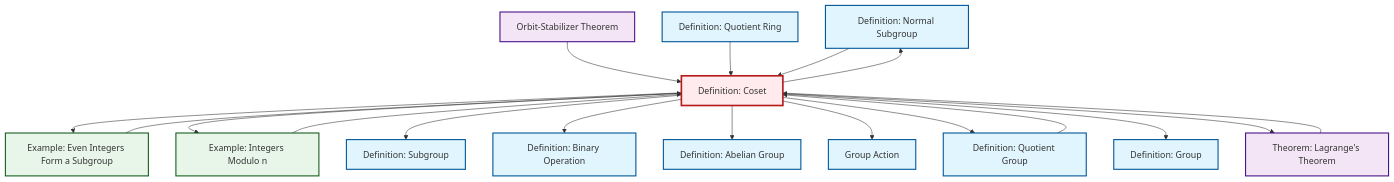
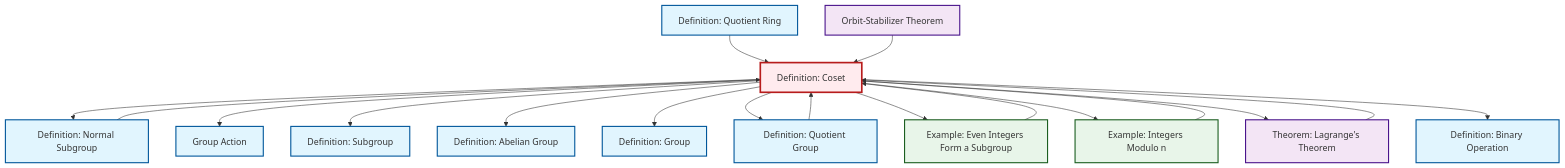
The diagram in content/en/algebra/def-coset.qmd (RK0429/ModernMath), drawn with Mermaid before and after one commit. The commit also changed other lines of this file and 328 other files, not shown here.

````diff
--- a/content/en/algebra/def-coset.qmd
+++ b/content/en/algebra/def-coset.qmd
@@ -162,52 +162,52 @@
 ```{mermaid}
 %%| fig-cap: "Local dependency graph"
 graph TD
     classDef definition fill:#e1f5fe,stroke:#01579b,stroke-width:2px
     classDef theorem fill:#f3e5f5,stroke:#4a148c,stroke-width:2px
     classDef axiom fill:#fff3e0,stroke:#e65100,stroke-width:2px
     classDef example fill:#e8f5e9,stroke:#1b5e20,stroke-width:2px
     classDef current fill:#ffebee,stroke:#b71c1c,stroke-width:3px
+    def-coset["Definition: Coset"]:::definition
+    def-normal-subgroup["Definition: Normal Subgroup"]:::definition
+    def-group-action["Group Action"]:::definition
+    thm-orbit-stabilizer["Orbit-Stabilizer Theorem"]:::theorem
     def-subgroup["Definition: Subgroup"]:::definition
-    def-normal-subgroup["Definition: Normal Subgroup"]:::definition
-    def-quotient-group["Definition: Quotient Group"]:::definition
-    def-binary-operation["Definition: Binary Operation"]:::definition
+    ex-even-integers-subgroup["Example: Even Integers Form a Subgroup"]:::example
+    def-abelian-group["Definition: Abelian Group"]:::definition
     ex-quotient-integers-mod-n["Example: Integers Modulo n"]:::example
-    ex-even-integers-subgroup["Example: Even Integers Form a Subgroup"]:::example
-    thm-orbit-stabilizer["Orbit-Stabilizer Theorem"]:::theorem
     thm-lagrange["Theorem: Lagrange's Theorem"]:::theorem
     def-group["Definition: Group"]:::definition
-    def-coset["Definition: Coset"]:::definition
     def-quotient-ring["Definition: Quotient Ring"]:::definition
-    def-group-action["Group Action"]:::definition
-    def-abelian-group["Definition: Abelian Group"]:::definition
+    def-binary-operation["Definition: Binary Operation"]:::definition
+    def-quotient-group["Definition: Quotient Group"]:::definition
+    def-normal-subgroup --> def-coset
+    def-coset --> def-normal-subgroup
+    ex-even-integers-subgroup --> def-coset
+    ex-quotient-integers-mod-n --> def-coset
+    def-coset --> def-group-action
+    thm-lagrange --> def-coset
+    def-coset --> def-subgroup
+    def-coset --> def-abelian-group
+    def-quotient-ring --> def-coset
+    def-coset --> def-group
+    def-coset --> def-quotient-group
     def-coset --> ex-even-integers-subgroup
+    def-coset --> ex-quotient-integers-mod-n
+    def-quotient-group --> def-coset
     thm-orbit-stabilizer --> def-coset
-    def-coset --> ex-quotient-integers-mod-n
-    thm-lagrange --> def-coset
-    def-coset --> def-normal-subgroup
-    def-coset --> def-subgroup
-    def-quotient-ring --> def-coset
+    def-coset --> thm-lagrange
     def-coset --> def-binary-operation
-    def-quotient-group --> def-coset
-    def-coset --> def-abelian-group
-    def-normal-subgroup --> def-coset
-    ex-quotient-integers-mod-n --> def-coset
-    ex-even-integers-subgroup --> def-coset
-    def-coset --> def-group-action
-    def-coset --> def-quotient-group
-    def-coset --> def-group
-    def-coset --> thm-lagrange
     class def-coset current
+    click def-normal-subgroup "def-normal-subgroup.html" "Go to Normal Subgroup definition"
+    click def-group-action "def-group-action.html" "Go to Group Action"
+    click thm-orbit-stabilizer "thm-orbit-stabilizer.html" "Go to Orbit-Stabilizer Theorem"
     click def-subgroup "def-subgroup.html" "Go to Subgroup definition"
-    click def-normal-subgroup "def-normal-subgroup.html" "Go to Normal Subgroup definition"
-    click def-quotient-group "def-quotient-group.html" "Go to Quotient Group definition"
-    click def-binary-operation "def-binary-operation.html" "Go to Binary Operation definition"
+    click ex-even-integers-subgroup "ex-even-integers-subgroup.html" "Go to Even Integers Form a Subgroup example"
+    click def-abelian-group "def-abelian-group.html" "Go to Abelian Group definition"
     click ex-quotient-integers-mod-n "ex-quotient-integers-mod-n.html" "Go to Integers Modulo n example"
-    click ex-even-integers-subgroup "ex-even-integers-subgroup.html" "Go to Even Integers Form a Subgroup example"
-    click thm-orbit-stabilizer "thm-orbit-stabilizer.html" "Go to Orbit-Stabilizer Theorem"
     click thm-lagrange "thm-lagrange.html" "Go to Lagrange's Theorem theorem"
     click def-group "def-group.html" "Go to Group definition"
     click def-quotient-ring "def-quotient-ring.html" "Go to Quotient Ring definition"
-    click def-group-action "def-group-action.html" "Go to Group Action"
-    click def-abelian-group "def-abelian-group.html" "Go to Abelian Group definition"
+    click def-binary-operation "def-binary-operation.html" "Go to Binary Operation definition"
+    click def-quotient-group "def-quotient-group.html" "Go to Quotient Group definition"
 ```
````
